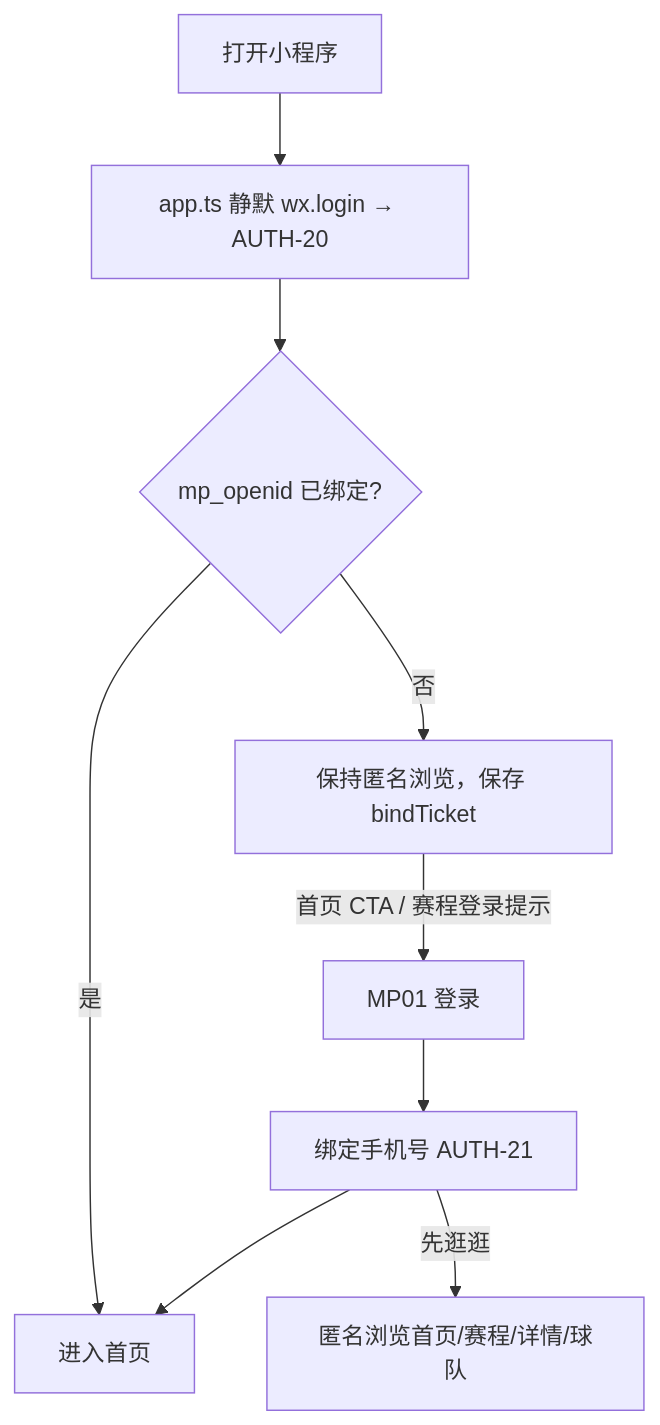
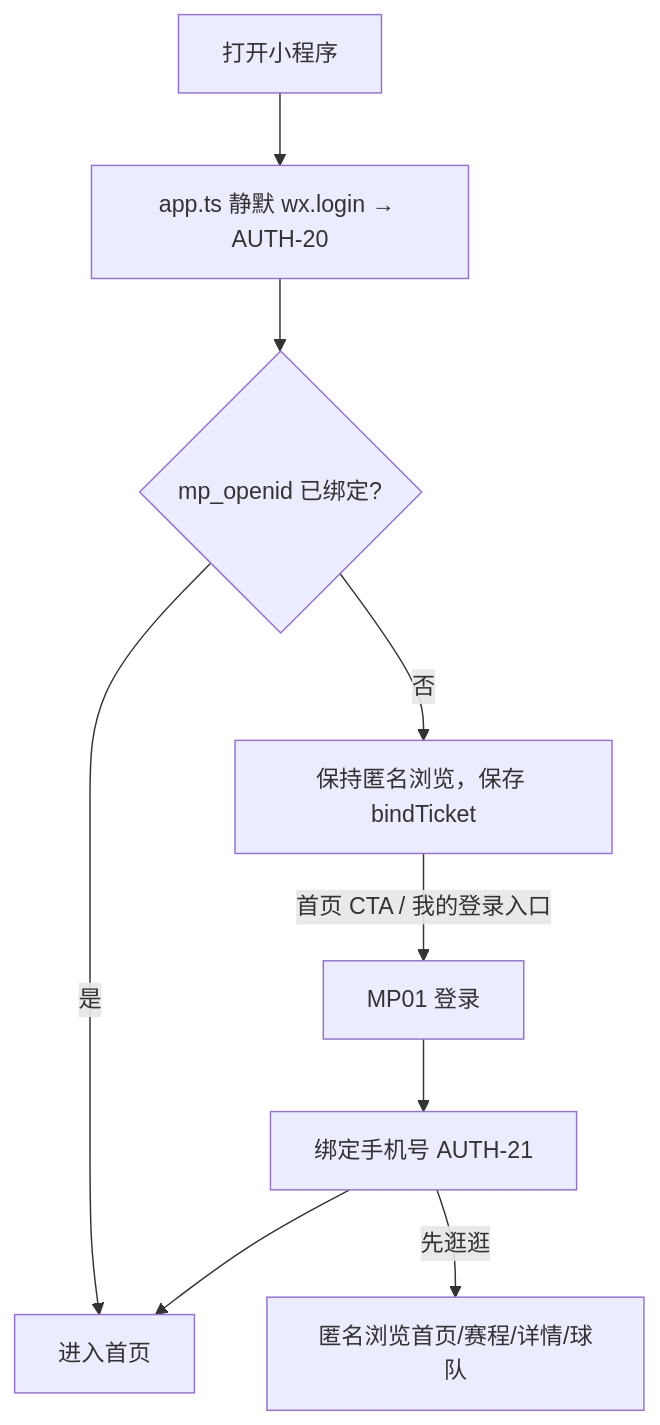
One commit to zhouyacheng/yunhefc changed the fourth of 10 diagrams in docs/design/02.页面结构与交互设计.md. Above: the diagram before and after it, drawn with Mermaid. The commit also changed other lines of this file and 29 other files, not shown here.

````diff
--- a/docs/design/02.页面结构与交互设计.md
+++ b/docs/design/02.页面结构与交互设计.md
@@ -549,9 +549,9 @@
 ```mermaid
 flowchart TD
   M[打开小程序] --> N["app.ts 静默 wx.login → AUTH-20"]
   N --> O{mp_openid 已绑定?}
   O -- 是 --> P[进入首页]
   O -- 否 --> S[保持匿名浏览，保存 bindTicket]
-  S -- 首页 CTA / 赛程登录提示 --> T[MP01 登录] --> Q[绑定手机号 AUTH-21] --> P
+  S -- 首页 CTA / 我的登录入口 --> T[MP01 登录] --> Q[绑定手机号 AUTH-21] --> P
   Q -- 先逛逛 --> R[匿名浏览首页/赛程/详情/球队]
 ```
````
